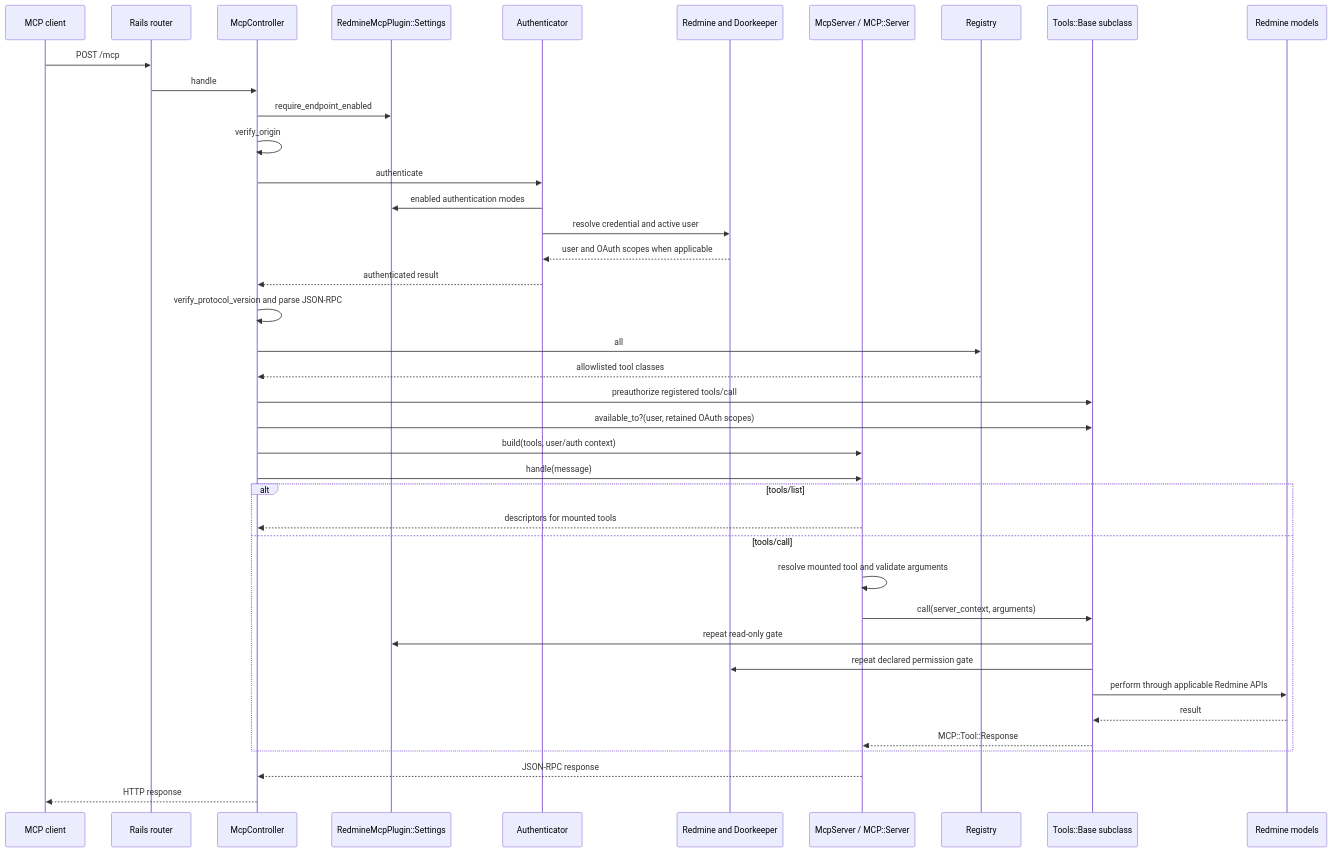
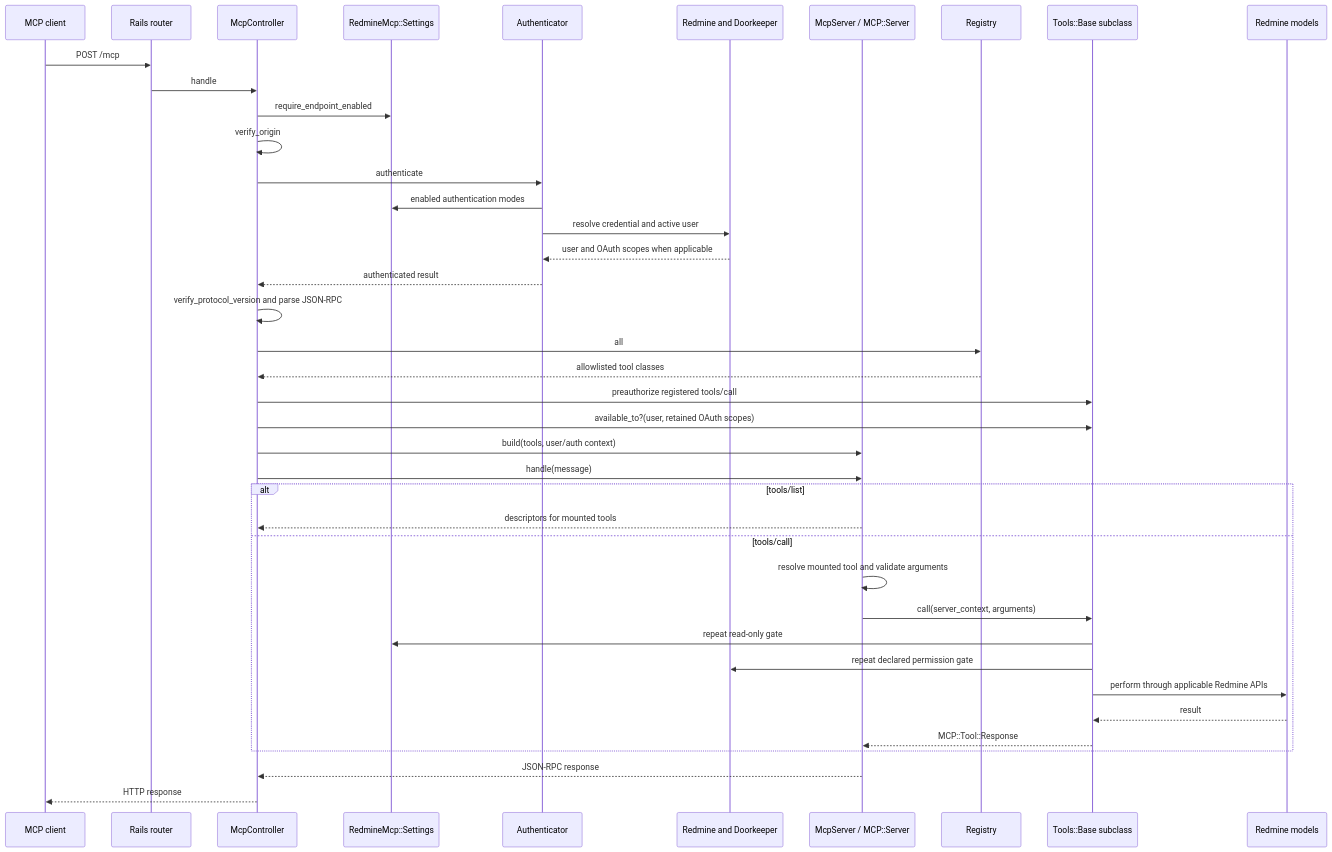
The second of 2 diagrams in ARCHITECTURE.md (joaoperfig/redmine_mcp_plugin), drawn with Mermaid before and after one commit. The commit also changed other lines of this file and 121 other files, not shown here.

Commit message:
Rename plugin to redmine_mcp

````diff
--- a/ARCHITECTURE.md
+++ b/ARCHITECTURE.md
@@ -73,45 +73,45 @@
 ```mermaid
 sequenceDiagram
   participant C as MCP client
   participant R as Rails router
   participant MC as McpController
-  participant S as RedmineMcpPlugin::Settings
+  participant S as RedmineMcp::Settings
   participant A as Authenticator
   participant H as Redmine and Doorkeeper
   participant SDK as McpServer / MCP::Server
   participant G as Registry
   participant T as Tools::Base subclass
   participant M as Redmine models
 
   C->>R: POST /mcp
   R->>MC: handle
   MC->>S: require_endpoint_enabled
   MC->>MC: verify_origin
   MC->>A: authenticate
   A->>S: enabled authentication modes
   A->>H: resolve credential and active user
   H-->>A: user and OAuth scopes when applicable
   A-->>MC: authenticated result
   MC->>MC: verify_protocol_version and parse JSON-RPC
   MC->>G: all
   G-->>MC: allowlisted tool classes
   MC->>T: preauthorize registered tools/call
   MC->>T: available_to?(user, retained OAuth scopes)
   MC->>SDK: build(tools, user/auth context)
   MC->>SDK: handle(message)
 
   alt tools/list
     SDK-->>MC: descriptors for mounted tools
   else tools/call
     SDK->>SDK: resolve mounted tool and validate arguments
     SDK->>T: call(server_context, arguments)
     T->>S: repeat read-only gate
     T->>H: repeat declared permission gate
     T->>M: perform through applicable Redmine APIs
     M-->>T: result
     T-->>SDK: MCP::Tool::Response
   end
 
   SDK-->>MC: JSON-RPC response
   MC-->>C: HTTP response
 ```
````
